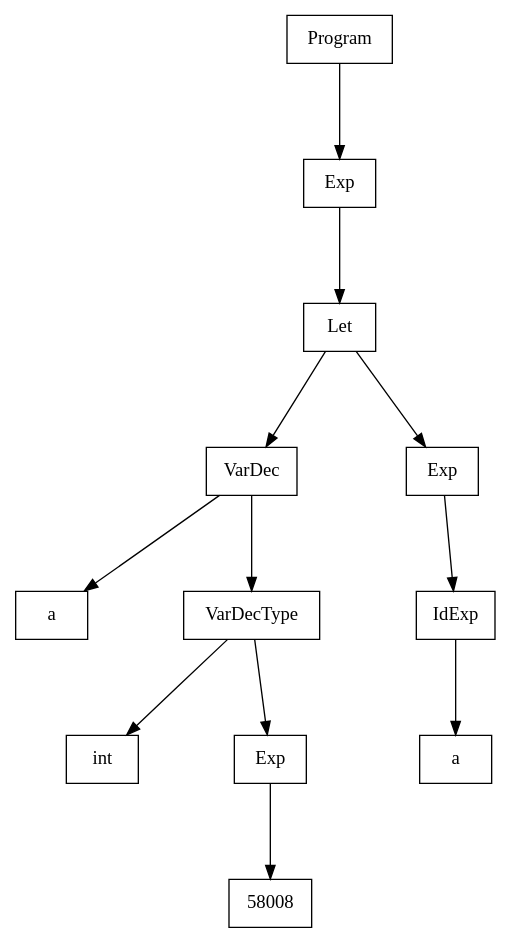
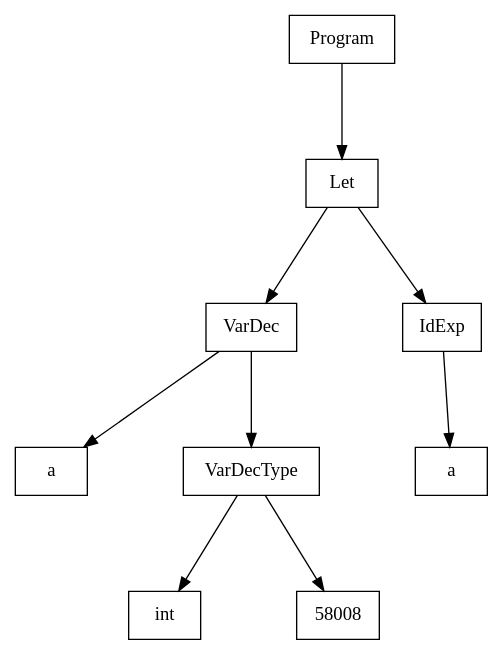
One commit to BigBaz54/Tiger_compiler changed the diagram in out/tree.dot. Above: the diagram before and after it, drawn with Graphviz. The commit also changed 2 other files, not shown here.

Commit message:
exp s'affiche plus

```diff
--- a/out/tree.dot
+++ b/out/tree.dot
@@ -1,30 +1,24 @@
 digraph "ast"{
 
 	nodesep=1;
 	ranksep=1;
 
-	N2 [label="Let", shape="box"];
-	N3 [label="VarDec", shape="box"];
-	N4 [label="a", shape="box"];
-	N5 [label="VarDecType", shape="box"];
-	N6 [label="int", shape="box"];
-	N8 [label="58008", shape="box"];
-	N7 [label="Exp", shape="box"];
-	N10 [label="IdExp", shape="box"];
-	N11 [label="a", shape="box"];
-	N9 [label="Exp", shape="box"];
-	N1 [label="Exp", shape="box"];
+	N1 [label="Let", shape="box"];
+	N2 [label="VarDec", shape="box"];
+	N3 [label="a", shape="box"];
+	N4 [label="VarDecType", shape="box"];
+	N5 [label="int", shape="box"];
+	N6 [label="58008", shape="box"];
+	N7 [label="IdExp", shape="box"];
+	N8 [label="a", shape="box"];
 	N0 [label="Program", shape="box"];
 
+	N4 -> N5; 
+	N4 -> N6; 
+	N2 -> N3; 
+	N2 -> N4; 
+	N1 -> N2; 
 	N7 -> N8; 
-	N5 -> N6; 
-	N5 -> N7; 
-	N3 -> N4; 
-	N3 -> N5; 
-	N2 -> N3; 
-	N10 -> N11; 
-	N9 -> N10; 
-	N2 -> N9; 
-	N1 -> N2; 
+	N1 -> N7; 
 	N0 -> N1; 
 }
```
